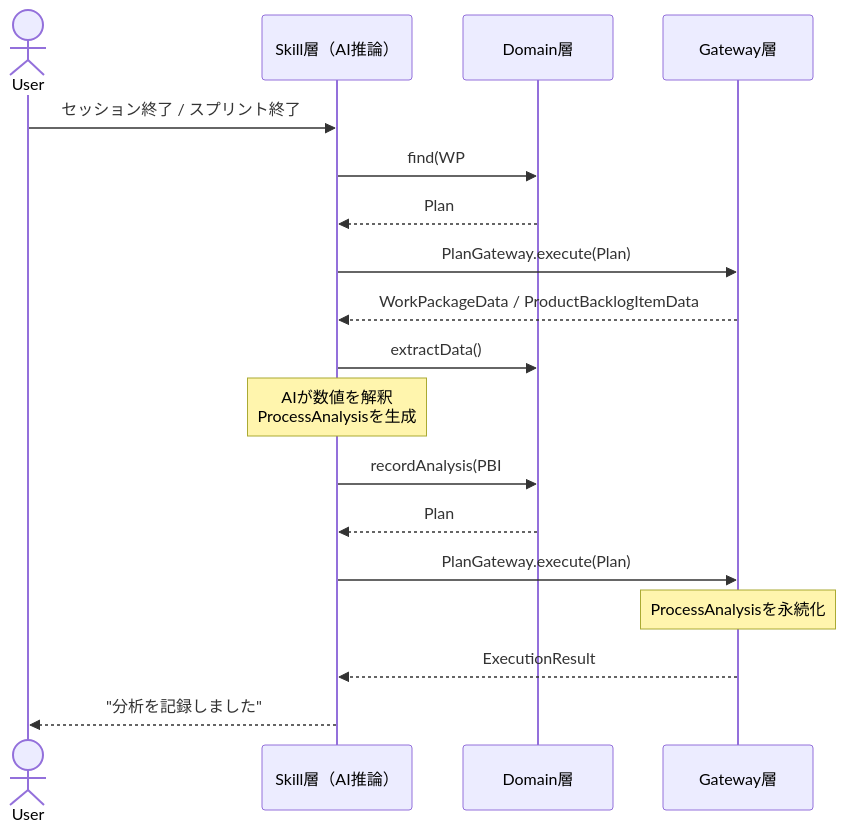
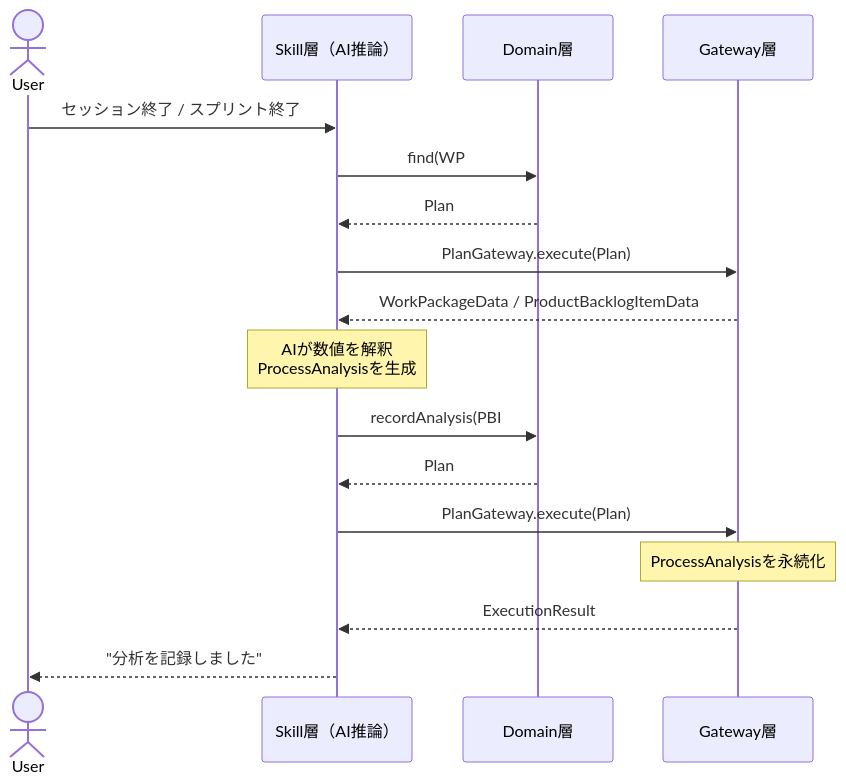
One commit to future-trajectory-official/global-harness-manager changed the fifth of 11 diagrams in guides/architecture-design.md. Above: the diagram before and after it, drawn with Mermaid.

Commit message:
docs(guides): find実行シーケンスから架空のextractData呼び出しを除去
Skill→Gatewayの直接呼び出しは§4.1の全体フローと整合。

````diff
--- a/guides/architecture-design.md
+++ b/guides/architecture-design.md
@@ -1090,23 +1090,22 @@
 ```mermaid
 sequenceDiagram
     actor User
     participant Skill as Skill層（AI推論）
     participant Domain as Domain層
     participant Gateway as Gateway層
 
     User->>Skill: セッション終了 / スプリント終了
     Skill->>Domain: find(WP#5)
     Domain-->>Skill: Plan
     Skill->>Gateway: PlanGateway.execute(Plan)
     Gateway-->>Skill: WorkPackageData / ProductBacklogItemData
-    Skill->>Domain: extractData()
 
     Note over Skill: AIが数値を解釈<br/>ProcessAnalysisを生成
 
     Skill->>Domain: recordAnalysis(PBI#3, ProcessAnalysis)
     Domain-->>Skill: Plan
     Skill->>Gateway: PlanGateway.execute(Plan)
     Note over Gateway: ProcessAnalysisを永続化
     Gateway-->>Skill: ExecutionResult
     Skill-->>User: "分析を記録しました"
 ```
````
